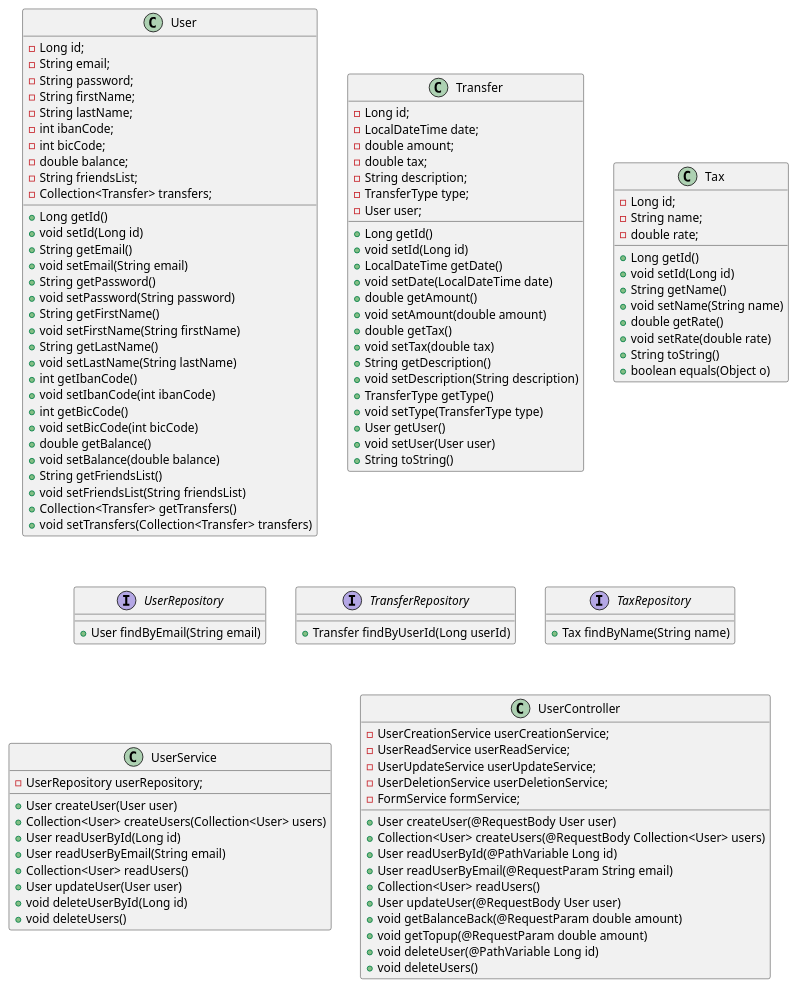
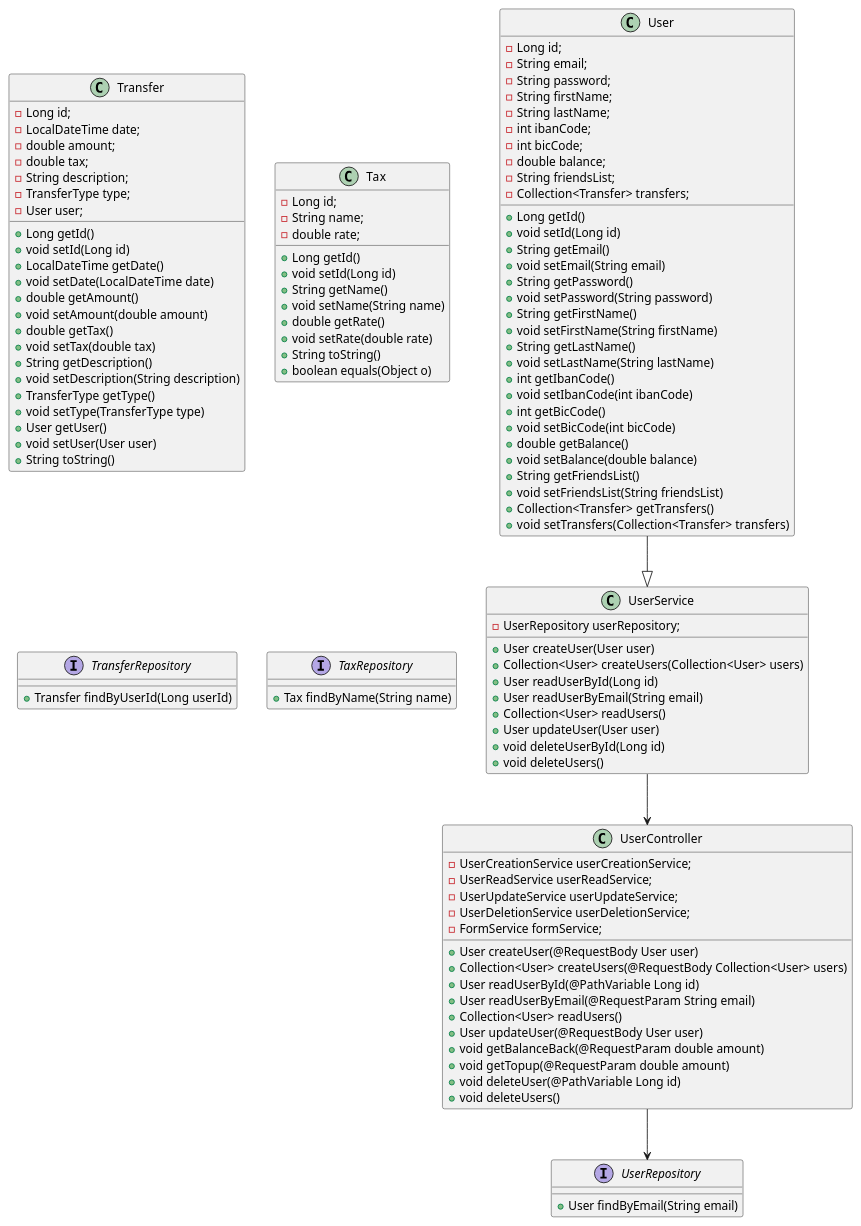
One commit to d2680807/openclassrooms_6th-project_money-transfer-system changed the diagram in functions.puml. Above: the diagram before and after it, drawn with PlantUML. The commit also changed 1 other file, not shown here.

Commit message:
docs: update Plant UML Diagram

```diff
--- a/functions.puml
+++ b/functions.puml
@@ -1,130 +1,135 @@
 @startuml
 
 class User {
 
     - Long id;
     - String email;
     - String password;
     - String firstName;
     - String lastName;
     - int ibanCode;
     - int bicCode;
     - double balance;
     - String friendsList;
     - Collection<Transfer> transfers;
 
     + Long getId()
     + void setId(Long id)
     + String getEmail()
     + void setEmail(String email)
     + String getPassword()
     + void setPassword(String password)
     + String getFirstName()
     + void setFirstName(String firstName)
     + String getLastName()
     + void setLastName(String lastName)
     + int getIbanCode()
     + void setIbanCode(int ibanCode)
     + int getBicCode()
     + void setBicCode(int bicCode)
     + double getBalance()
     + void setBalance(double balance)
     + String getFriendsList()
     + void setFriendsList(String friendsList)
     + Collection<Transfer> getTransfers()
     + void setTransfers(Collection<Transfer> transfers)
 }
 
 class Transfer {
 
     - Long id;
     - LocalDateTime date;
     - double amount;
     - double tax;
     - String description;
     - TransferType type;
     - User user;
 
     + Long getId()
     + void setId(Long id)
     + LocalDateTime getDate()
     + void setDate(LocalDateTime date)
     + double getAmount()
     + void setAmount(double amount)
     + double getTax()
     + void setTax(double tax)
     + String getDescription()
     + void setDescription(String description)
     + TransferType getType()
     + void setType(TransferType type)
     + User getUser()
     + void setUser(User user)
     + String toString()
 }
 
 class Tax {
 
     - Long id;
     - String name;
     - double rate;
 
     + Long getId()
     + void setId(Long id)
     + String getName()
     + void setName(String name)
     + double getRate()
     + void setRate(double rate)
     + String toString()
     + boolean equals(Object o)
 }
 
 interface UserRepository {
 
     + User findByEmail(String email)
 }
 
 interface TransferRepository {
 
     + Transfer findByUserId(Long userId)
 }
 
 interface TaxRepository {
 
     + Tax findByName(String name)
 }
 
 class UserService {
 
     - UserRepository userRepository;
 
     + User createUser(User user)
     + Collection<User> createUsers(Collection<User> users)
     + User readUserById(Long id)
     + User readUserByEmail(String email)
     + Collection<User> readUsers()
     + User updateUser(User user)
     + void deleteUserById(Long id)
     + void deleteUsers()
 }
 
 class UserController {
 
     - UserCreationService userCreationService;
     - UserReadService userReadService;
     - UserUpdateService userUpdateService;
     - UserDeletionService userDeletionService;
     - FormService formService;
 
     + User createUser(@RequestBody User user)
     + Collection<User> createUsers(@RequestBody Collection<User> users)
     + User readUserById(@PathVariable Long id)
     + User readUserByEmail(@RequestParam String email)
     + Collection<User> readUsers()
     + User updateUser(@RequestBody User user)
     + void getBalanceBack(@RequestParam double amount)
     + void getTopup(@RequestParam double amount)
     + void deleteUser(@PathVariable Long id)
     + void deleteUsers()
 }
 
+User --|> UserService
+UserService --> UserController
+UserController --> UserRepository
+
+
 @enduml
```
